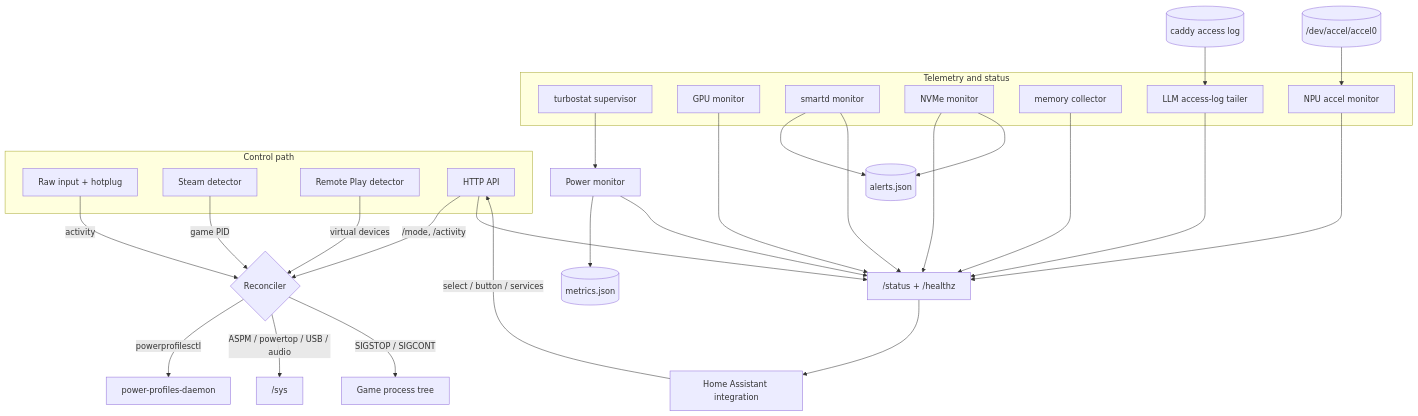
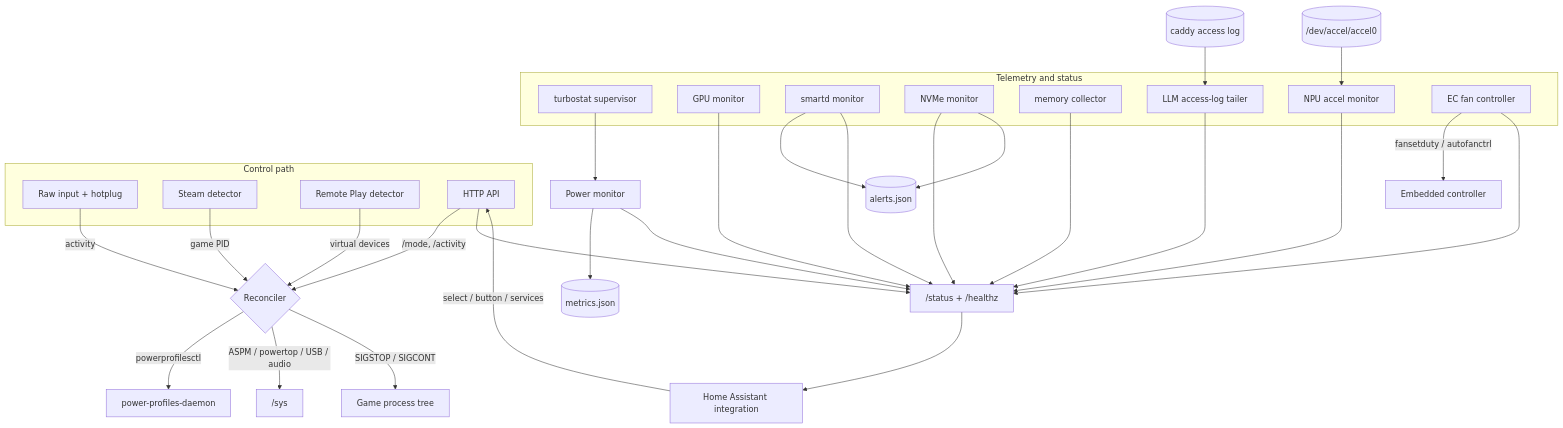
Before and after one commit to zaolin/framework-powerd: the diagram in docs/architecture.md, drawn with Mermaid. The commit also changed other lines of this file and 29 other files, not shown here.

````diff
--- a/docs/architecture.md
+++ b/docs/architecture.md
@@ -27,47 +27,50 @@
 ```mermaid
 flowchart TD
     subgraph Control["Control path"]
         Input["Raw input + hotplug"]
         Steam["Steam detector"]
         Remote["Remote Play detector"]
         API["HTTP API"]
     end
 
     Reconciler{"Reconciler"}
 
     Input -->|"activity"| Reconciler
     Steam -->|"game PID"| Reconciler
     Remote -->|"virtual devices"| Reconciler
     API -->|"/mode, /activity"| Reconciler
 
     Reconciler -->|"powerprofilesctl"| PPD["power-profiles-daemon"]
     Reconciler -->|"ASPM / powertop / USB / audio"| Sysfs["/sys"]
     Reconciler -->|"SIGSTOP / SIGCONT"| Pauser["Game process tree"]
 
     subgraph Telemetry["Telemetry and status"]
         Turbo["turbostat supervisor"]
         GPU["GPU monitor"]
         SMART["smartd monitor"]
         NVMe["NVMe monitor"]
         Mem["memory collector"]
         LLM["LLM access-log tailer"]
         NPU["NPU accel monitor"]
+        Fan["EC fan controller"]
     end
 
     Turbo --> PowerMon["Power monitor"]
     PowerMon --> Metrics[("metrics.json")]
     PowerMon --> Status["/status + /healthz"]
     GPU --> Status
     SMART --> Alerts[("alerts.json")]
     SMART --> Status
     NVMe --> Status
     NVMe --> Alerts
     Mem --> Status
     CaddyLog[("caddy access log")] --> LLM
     LLM --> Status
     AccelDev[("/dev/accel/accel0")] --> NPU
     NPU --> Status
+    Fan -->|"fansetduty / autofanctrl"| EC["Embedded controller"]
+    Fan --> Status
     API --> Status
     Status --> HA["Home Assistant integration"]
     HA -->|"select / button / services"| API
 ```
````
